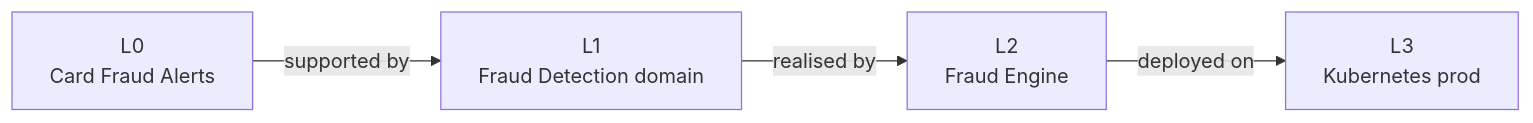
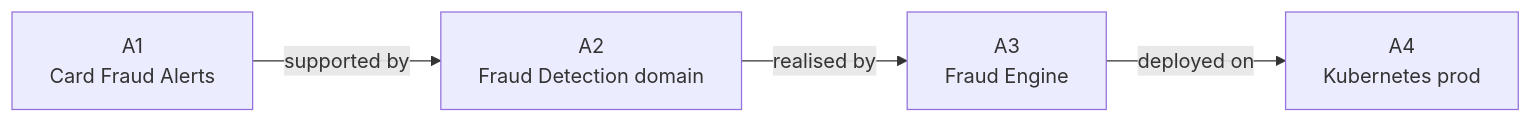
Before and after one commit to taumoeps/bian-sdem-framework: the fourth of 6 diagrams in README.md, drawn with Mermaid. The commit also changed other lines of this file and 22 other files, not shown here.

````diff
--- a/README.md
+++ b/README.md
@@ -250,6 +252,6 @@
 ```mermaid
 flowchart LR
-    CAP["L0<br/>Card Fraud Alerts"] -->|supported by| SD["L1<br/>Fraud Detection domain"]
-    SD -->|realised by| APP["L2<br/>Fraud Engine"]
-    APP -->|deployed on| INF["L3<br/>Kubernetes prod"]
+    CAP["A1<br/>Card Fraud Alerts"] -->|supported by| SD["A2<br/>Fraud Detection domain"]
+    SD -->|realised by| APP["A3<br/>Fraud Engine"]
+    APP -->|deployed on| INF["A4<br/>Kubernetes prod"]
 ```
````
